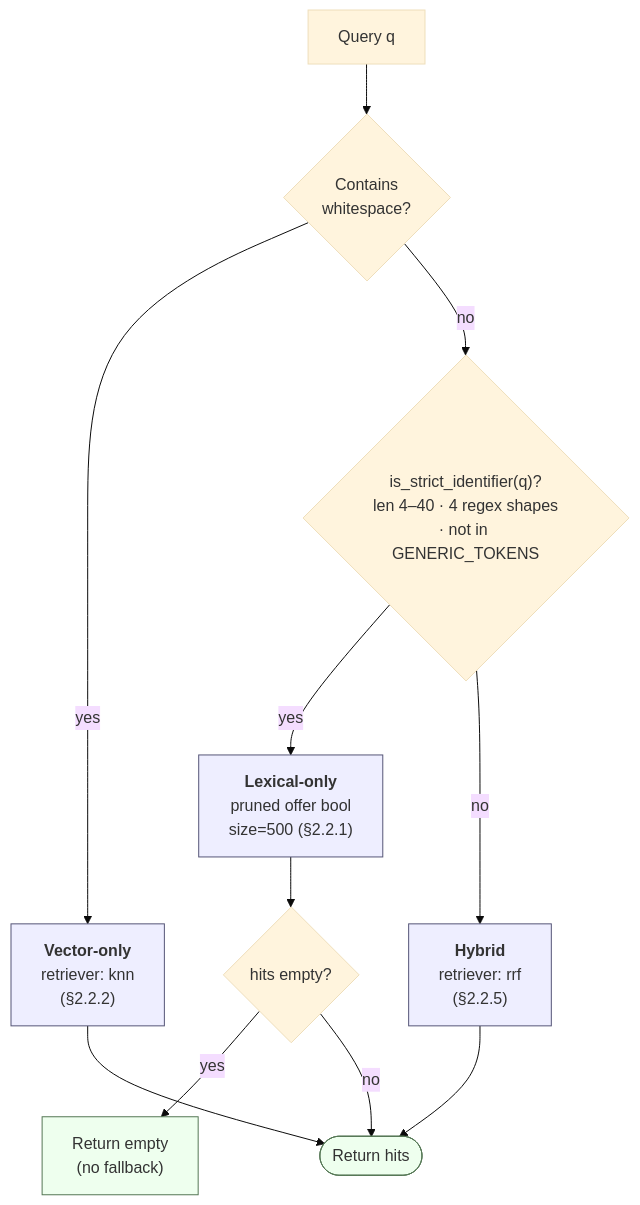
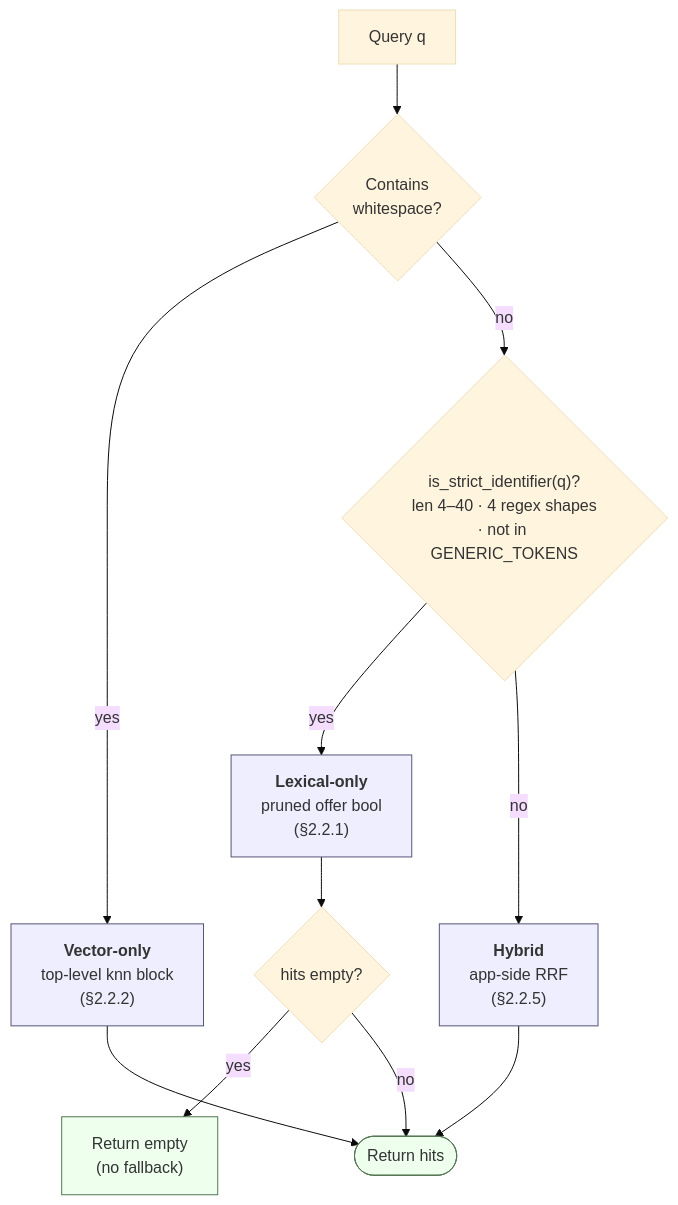
The first of 3 diagrams in FT_ELASTIC_IMPORT.md (mxgr7/simplesystem-embedding), drawn with Mermaid (base theme) before and after one commit. The commit also changed other lines of this file, not shown here.

First line of the commit message:
docs(ft_elastic): app-side RRF + classifier dispatch in §2.2

````diff
--- a/FT_ELASTIC_IMPORT.md
+++ b/FT_ELASTIC_IMPORT.md
@@ -830,18 +830,18 @@
 ```mermaid
 flowchart TD
     Q["Query q"] --> WS{"Contains<br/>whitespace?"}
-    WS -- yes --> VEC["<b>Vector-only</b><br/>retriever: knn<br/>(§2.2.2)"]
+    WS -- yes --> VEC["<b>Vector-only</b><br/>top-level knn block<br/>(§2.2.2)"]
     WS -- no --> SI{"is_strict_identifier(q)?<br/>len 4–40 · 4 regex shapes<br/>· not in GENERIC_TOKENS"}
-    SI -- yes --> LEX["<b>Lexical-only</b><br/>pruned offer bool<br/>size=500 (§2.2.1)"]
-    SI -- no --> HYB["<b>Hybrid</b><br/>retriever: rrf<br/>(§2.2.5)"]
+    SI -- yes --> LEX["<b>Lexical-only</b><br/>pruned offer bool<br/>(§2.2.1)"]
+    SI -- no --> HYB["<b>Hybrid</b><br/>app-side RRF<br/>(§2.2.5)"]
     LEX --> R{"hits empty?"}
     R -- yes --> EMPTY["Return empty<br/>(no fallback)"]
     R -- no --> HITS(["Return hits"])
     VEC --> HITS
     HYB --> HITS
 
     classDef path fill:#eef,stroke:#557
     classDef terminal fill:#efe,stroke:#575
     class VEC,LEX,HYB path
     class HITS,EMPTY terminal
 ```
````
